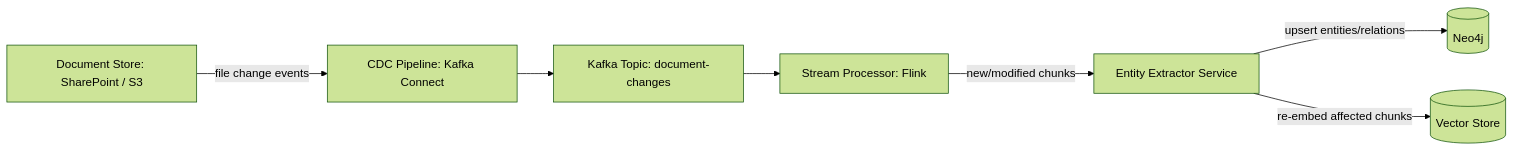
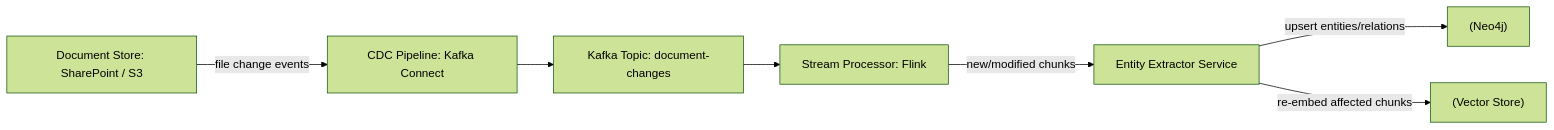
One commit to vesviet/vesviet changed the third of 3 diagrams in content/posts/graphrag-vs-naive-rag-enterprise-guide.md. Above: the diagram before and after it, drawn with Mermaid (forest theme). The commit also changed other lines of this file and 331 other files, not shown here.

````diff
--- a/content/posts/graphrag-vs-naive-rag-enterprise-guide.md
+++ b/content/posts/graphrag-vs-naive-rag-enterprise-guide.md
@@ -284,9 +284,9 @@
 ```mermaid
 graph LR
-    DOC_STORE[Document Store: SharePoint / S3] -->|file change events| CDC[CDC Pipeline: Kafka Connect]
-    CDC --> KAFKA[Kafka Topic: document-changes]
-    KAFKA --> PROCESSOR[Stream Processor: Flink]
-    PROCESSOR -->|new/modified chunks| EXTRACT[Entity Extractor Service]
-    EXTRACT -->|upsert entities/relations| NEO4J[(Neo4j)]
-    EXTRACT -->|re-embed affected chunks| VS[(Vector Store)]
+    DOC_STORE["Document Store: SharePoint / S3"] -->|"file change events"| CDC["CDC Pipeline: Kafka Connect"]
+    CDC --> KAFKA["Kafka Topic: document-changes"]
+    KAFKA --> PROCESSOR["Stream Processor: Flink"]
+    PROCESSOR -->|"new/modified chunks"| EXTRACT["Entity Extractor Service"]
+    EXTRACT -->|"upsert entities/relations"| NEO4J["(Neo4j)"]
+    EXTRACT -->|"re-embed affected chunks"| VS["(Vector Store)"]
 ```
````
